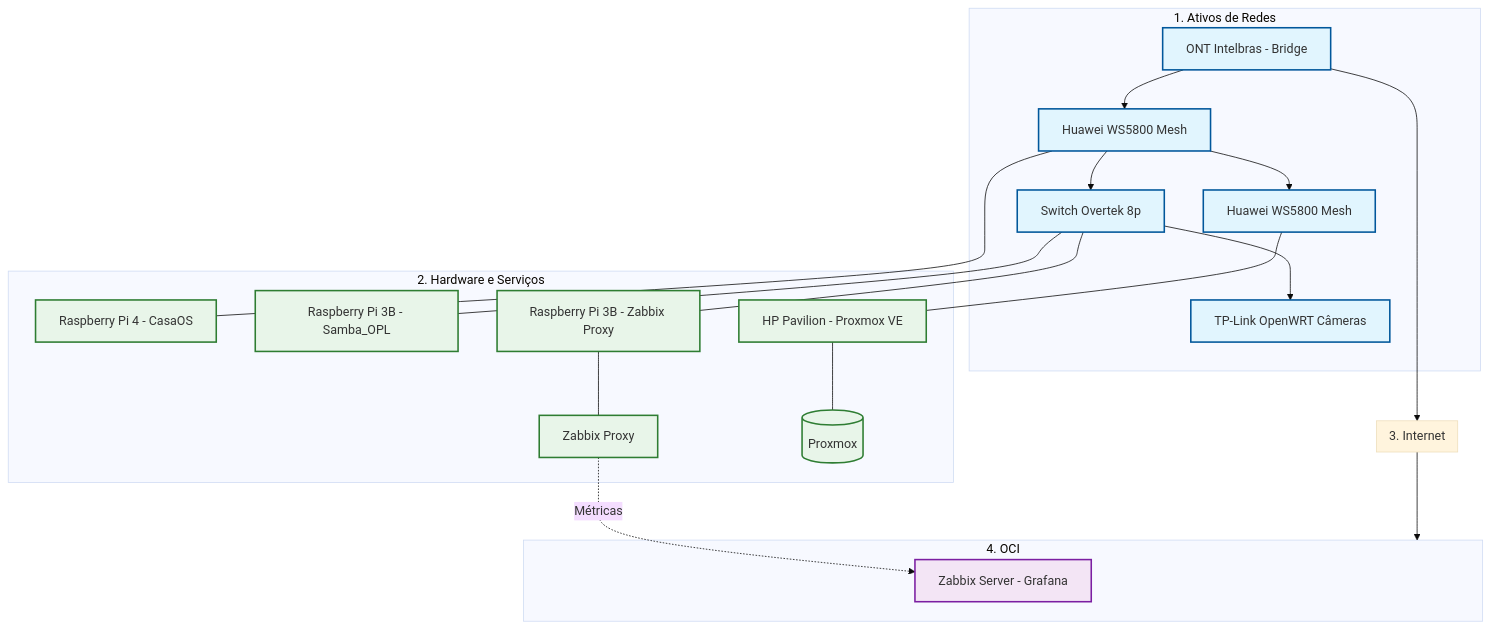
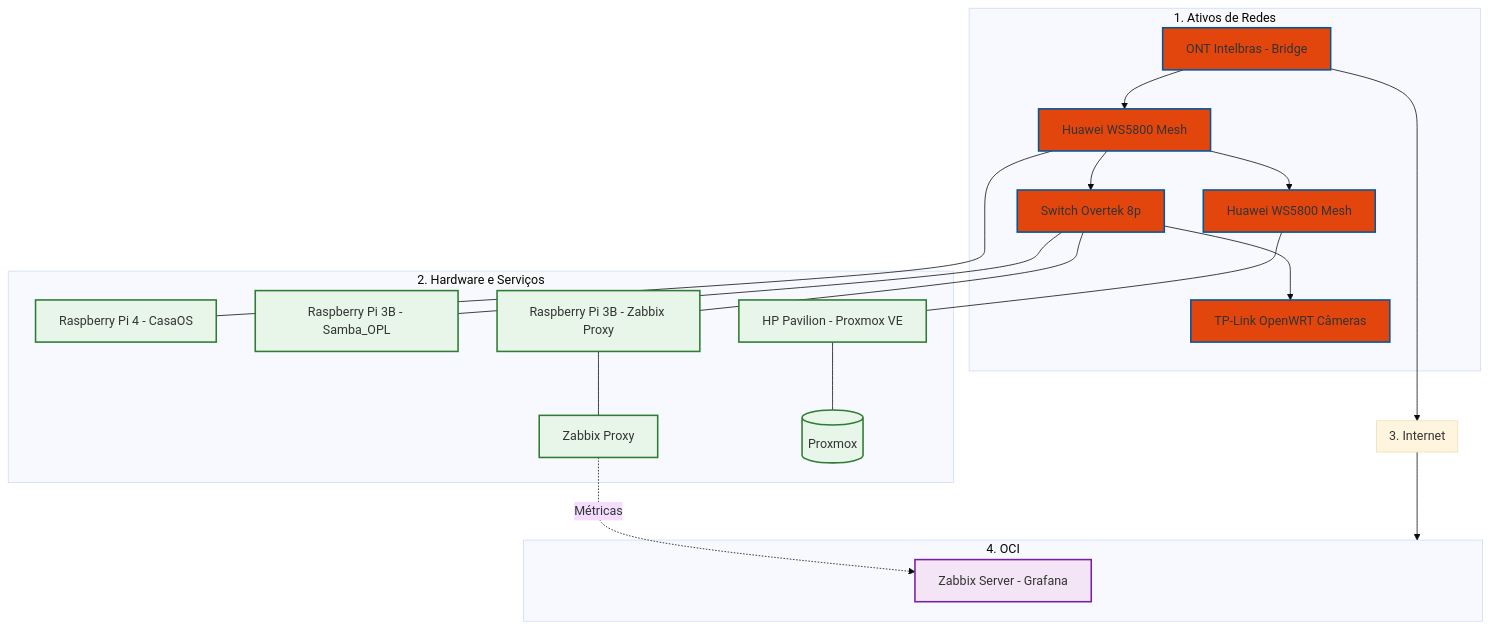
Before and after one commit to kevindexter22/Dr-Hardware-Autonet: the diagram in Infraestructure/README.md, drawn with Mermaid (base theme).

````diff
--- a/Infraestructure/README.md
+++ b/Infraestructure/README.md
@@ -13,45 +13,45 @@
 ```mermaid
 graph TD
     %% Estilos
-    classDef rede fill:#e1f5fe,stroke:#01579b,stroke-width:2px;
+    classDef rede fill:#e3460d,stroke:#01579b,stroke-width:2px;
     classDef hardware fill:#e8f5e9,stroke:#2e7d32,stroke-width:2px;
     classDef tunel fill:#fff3e0,stroke:#ef6c00,stroke-width:2px,stroke-dasharray: 5 5;
     classDef oci fill:#f3e5f5,stroke:#7b1fa2,stroke-width:2px;
 
     %% 1. ATIVOS DE REDE
     subgraph S1 [1. Ativos de Redes]
         ONT[ONT Intelbras - Bridge]:::rede --> R_Mesh1[Huawei WS5800 Mesh]:::rede
         R_Mesh1 --> R_Mesh2[Huawei WS5800 Mesh]:::rede
         R_Mesh1 --> SW1[Switch Overtek 8p]:::rede
         SW1 --> R_Cams[TP-Link OpenWRT Câmeras]:::rede
     end
 
     %% 2. HARDWARE E SERVIÇOS
     subgraph S2 [2. Hardware e Serviços]
         R_Mesh1 --- RPi4[Raspberry Pi 4 - CasaOS]:::hardware
         SW1 --- RPi3_1[Raspberry Pi 3B - Samba_OPL]:::hardware
         SW1 --- RPi3_2[Raspberry Pi 3B - Zabbix Proxy]:::hardware
         R_Mesh2 --- HP[HP Pavilion - Proxmox VE]:::hardware
         
         
         RPi3_2 --- ZP[Zabbix Proxy]:::hardware
         HP --- PVE[(Proxmox)]:::hardware
     end
 
     %% 3. Internet (A PONTE)
     subgraph S3 [3. Internet]
     end
 
     %% 4. OCI
     subgraph S4 [4. OCI]
         ZS[Zabbix Server - Grafana]:::oci
     end
 
     %% Conexões de Fluxo de Dados para manter a ordem
     ONT --> S3
     S3 --> S4
     
     %% Relacionamentos lógicos (setas duplas para replicação)
     ZP -.-> |Métricas| ZS
 
 ```
````
